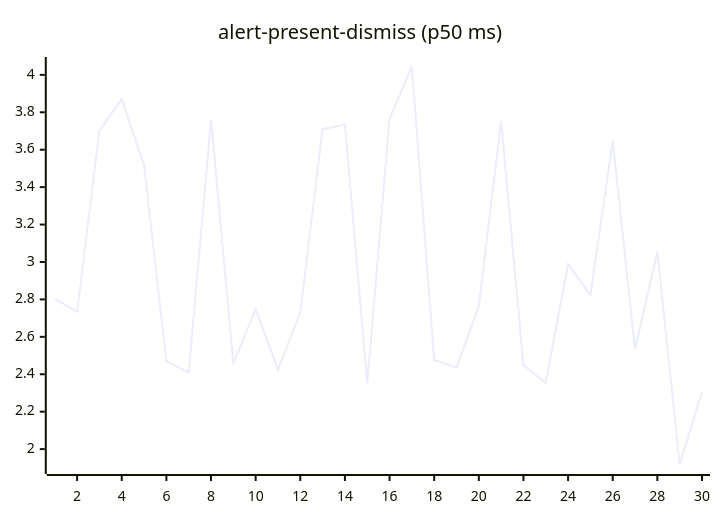
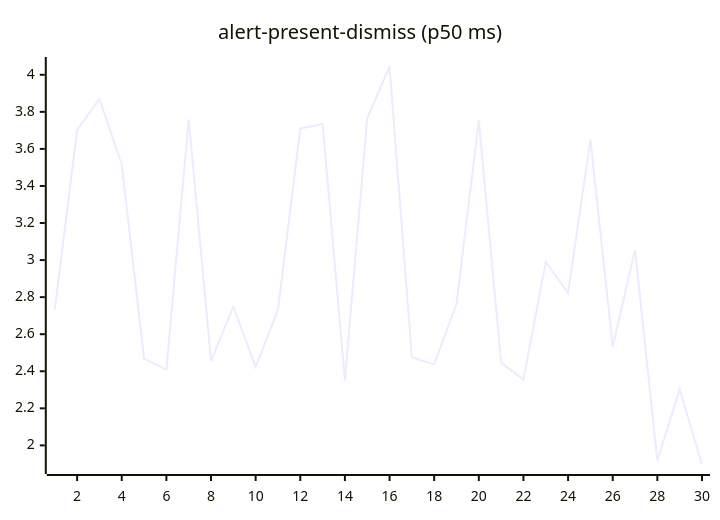
One commit to josha/Facet changed the second of 27 diagrams in README.md. Above: the diagram before and after it, drawn with Mermaid. The commit also changed other lines of this file and 2 other files, not shown here.

````diff
--- a/README.md
+++ b/README.md
@@ -70,6 +70,6 @@
 ```mermaid
 xychart-beta
     title "alert-present-dismiss (p50 ms)"
     x-axis 1 --> 30
-    line [2.8044, 2.7337, 3.7022, 3.8703, 3.5157, 2.4688, 2.4093, 3.7592, 2.4564, 2.7475, 2.4232, 2.7312, 3.7096, 3.7340, 2.3506, 3.7650, 4.0447, 2.4759, 2.4363, 2.7635, 3.7527, 2.4474, 2.3546, 2.9892, 2.8222, 3.6482, 2.5337, 3.0542, 1.9177, 2.3034]
+    line [2.7337, 3.7022, 3.8703, 3.5157, 2.4688, 2.4093, 3.7592, 2.4564, 2.7475, 2.4232, 2.7312, 3.7096, 3.7340, 2.3506, 3.7650, 4.0447, 2.4759, 2.4363, 2.7635, 3.7527, 2.4474, 2.3546, 2.9892, 2.8222, 3.6482, 2.5337, 3.0542, 1.9177, 2.3034, 1.8969]
 ```
````
